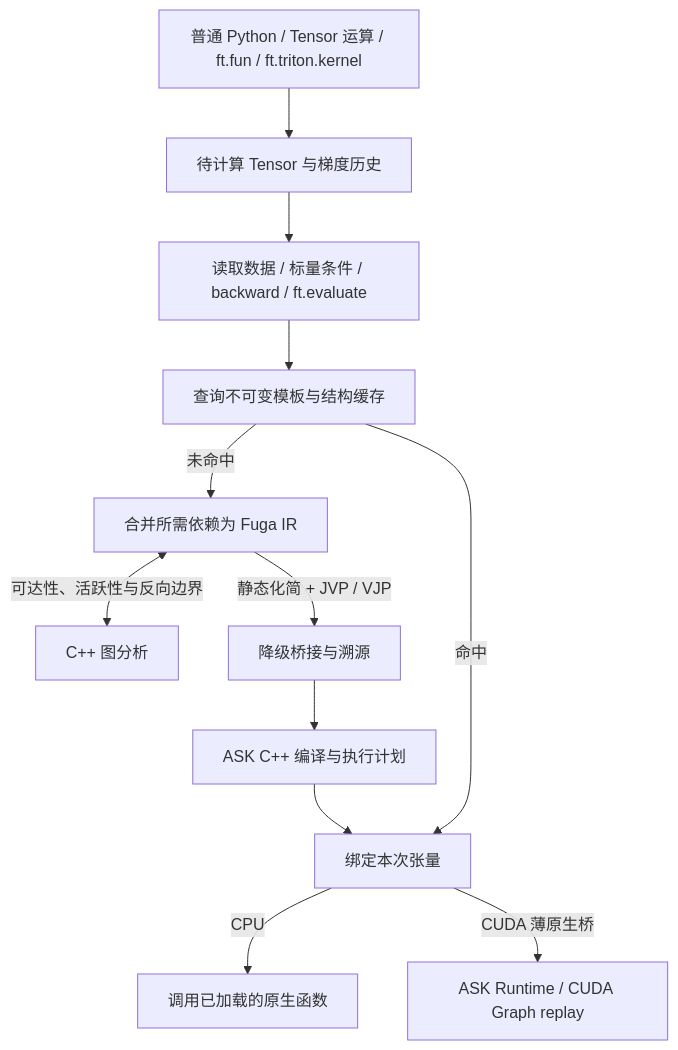
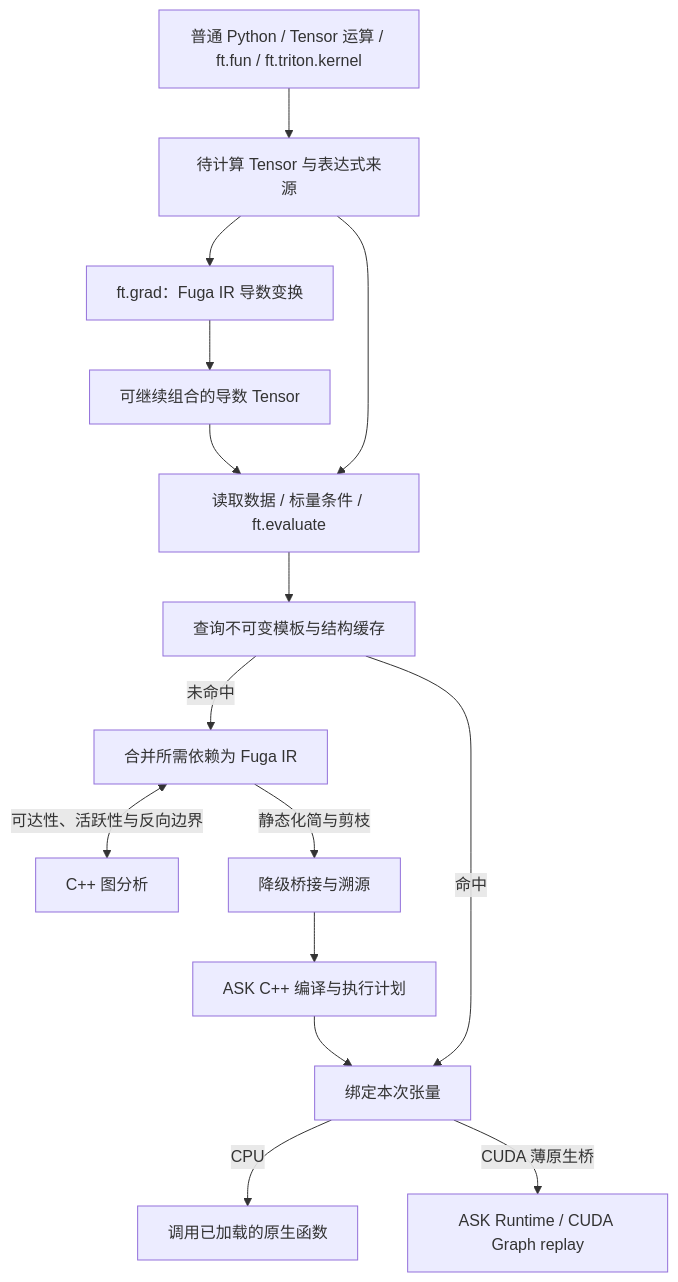
Before and after one commit to fugatensor/fugatensor: the diagram in docs/architecture/README.md, drawn with Mermaid. The commit also changed other lines of this file and 49 other files, not shown here.

````diff
--- a/docs/architecture/README.md
+++ b/docs/architecture/README.md
@@ -7,14 +7,17 @@
 ```mermaid
 flowchart TD
-    User["普通 Python / Tensor 运算 / ft.fun / ft.triton.kernel"] --> Pending["待计算 Tensor 与梯度历史"]
-    Pending --> Boundary["读取数据 / 标量条件 / backward / ft.evaluate"]
+    User["普通 Python / Tensor 运算 / ft.fun / ft.triton.kernel"] --> Pending["待计算 Tensor 与表达式来源"]
+    Pending --> AD["ft.grad：Fuga IR 导数变换"]
+    AD --> Derived["可继续组合的导数 Tensor"]
+    Derived --> Boundary
+    Pending --> Boundary["读取数据 / 标量条件 / ft.evaluate"]
     Boundary --> Cache["查询不可变模板与结构缓存"]
     Cache -->|"未命中"| FugaIR["合并所需依赖为 Fuga IR"]
     FugaIR <-->|"可达性、活跃性与反向边界"| NativeCPP["C++ 图分析"]
-    FugaIR -->|"静态化简 + JVP / VJP"| Lower["降级桥接与溯源"]
+    FugaIR -->|"静态化简与剪枝"| Lower["降级桥接与溯源"]
     Lower --> ASK["ASK C++ 编译与执行计划"]
     Cache -->|"命中"| Execute["绑定本次张量"]
     ASK --> Execute
     Execute -->|"CPU"| Host["调用已加载的原生函数"]
     Execute -->|"CUDA 薄原生桥"| Runtime["ASK Runtime / CUDA Graph replay"]
 ```
````
